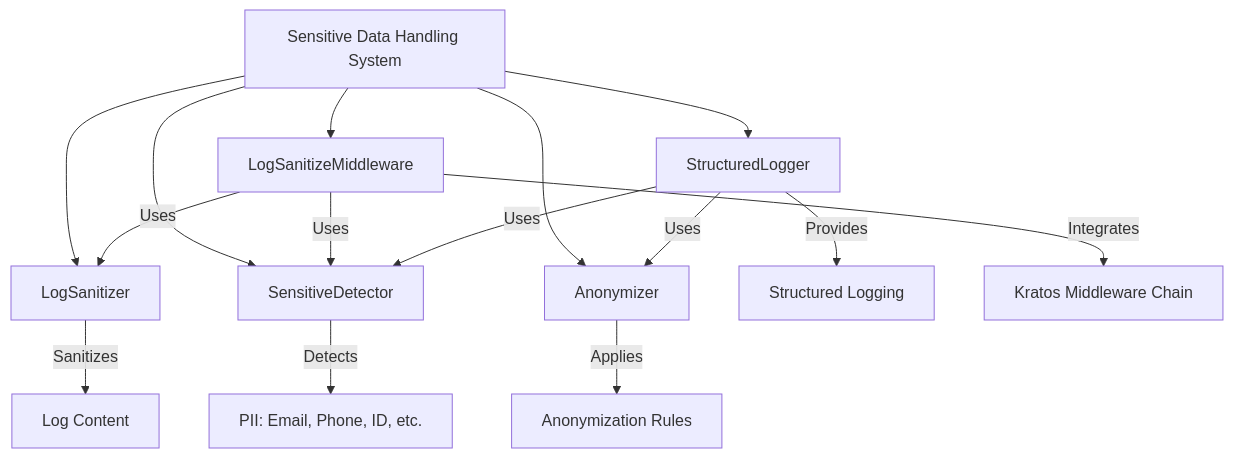
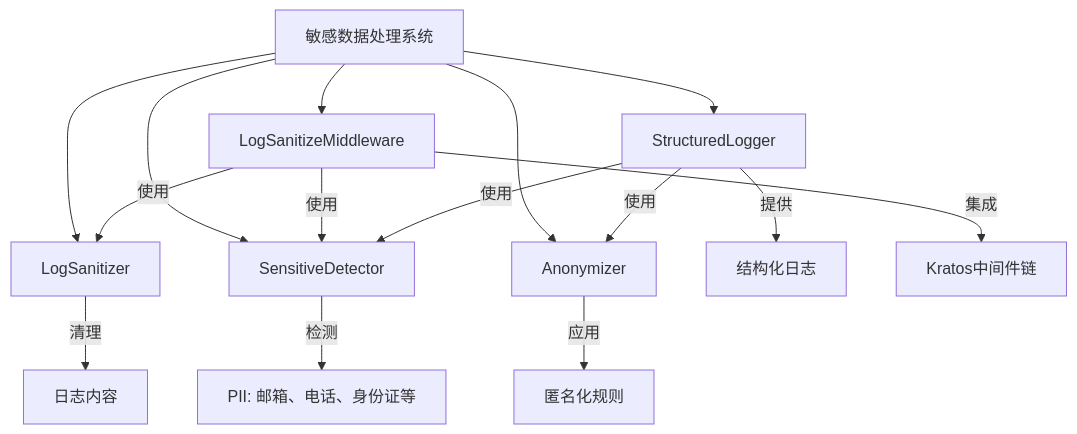
One commit to 26huitailang/kratos-boilerplate changed the first of 5 diagrams in .qoder/repowiki/zh/content/Backend Services/Sensitive Data Handling.md. Above: the diagram before and after it, drawn with Mermaid. The commit also changed other lines of this file and 31 other files, not shown here.

````diff
--- a/.qoder/repowiki/zh/content/Backend Services/Sensitive Data Handling.md
+++ b/.qoder/repowiki/zh/content/Backend Services/Sensitive Data Handling.md
@@ -32,17 +40,17 @@
 ```mermaid
 graph TD
-A["Sensitive Data Handling System"] --> B[SensitiveDetector]
+A["敏感数据处理系统"] --> B[SensitiveDetector]
 A --> C[Anonymizer]
 A --> D[LogSanitizer]
 A --> E[StructuredLogger]
 A --> F[LogSanitizeMiddleware]
-B --> |Detects| G["PII: Email, Phone, ID, etc."]
-C --> |Applies| H["Anonymization Rules"]
-D --> |Sanitizes| I["Log Content"]
-E --> |Provides| J["Structured Logging"]
-F --> |Integrates| K["Kratos Middleware Chain"]
-F --> |Uses| B
-F --> |Uses| D
-E --> |Uses| C
-E --> |Uses| B
+B --> |检测| G["PII: 邮箱、电话、身份证等"]
+C --> |应用| H["匿名化规则"]
+D --> |清理| I["日志内容"]
+E --> |提供| J["结构化日志"]
+F --> |集成| K["Kratos中间件链"]
+F --> |使用| B
+F --> |使用| D
+E --> |使用| C
+E --> |使用| B
 ```
````
